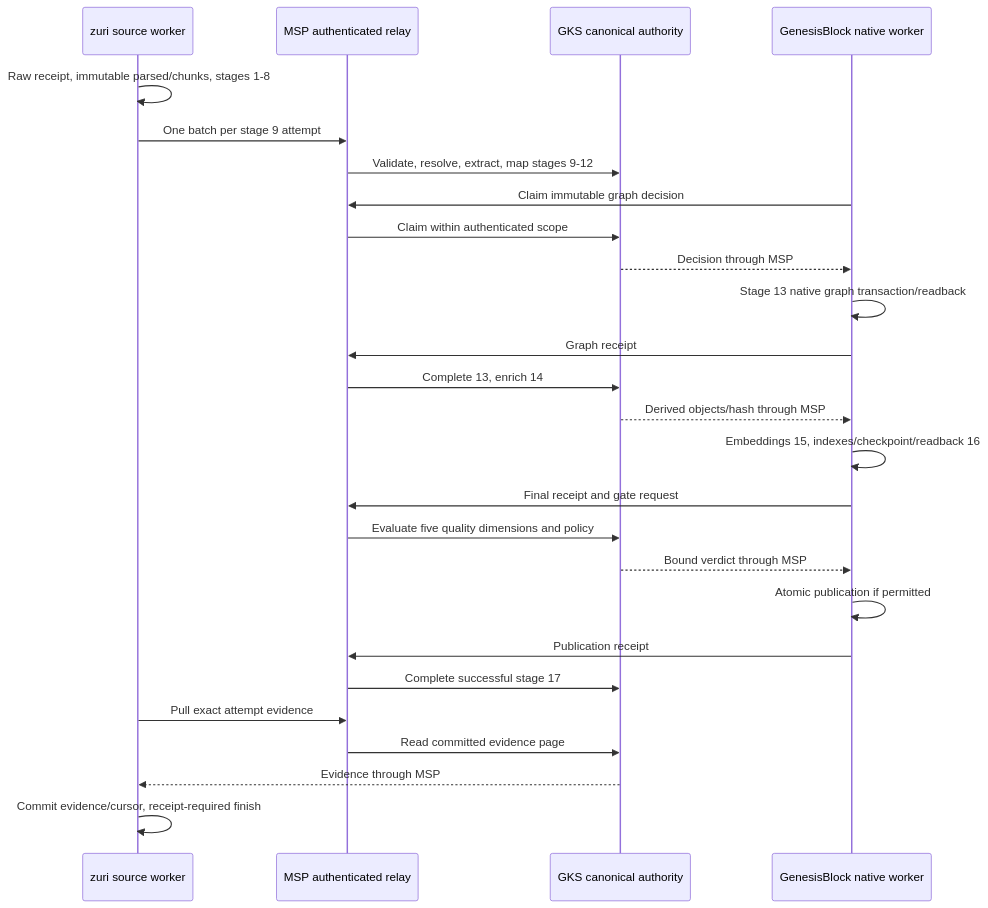
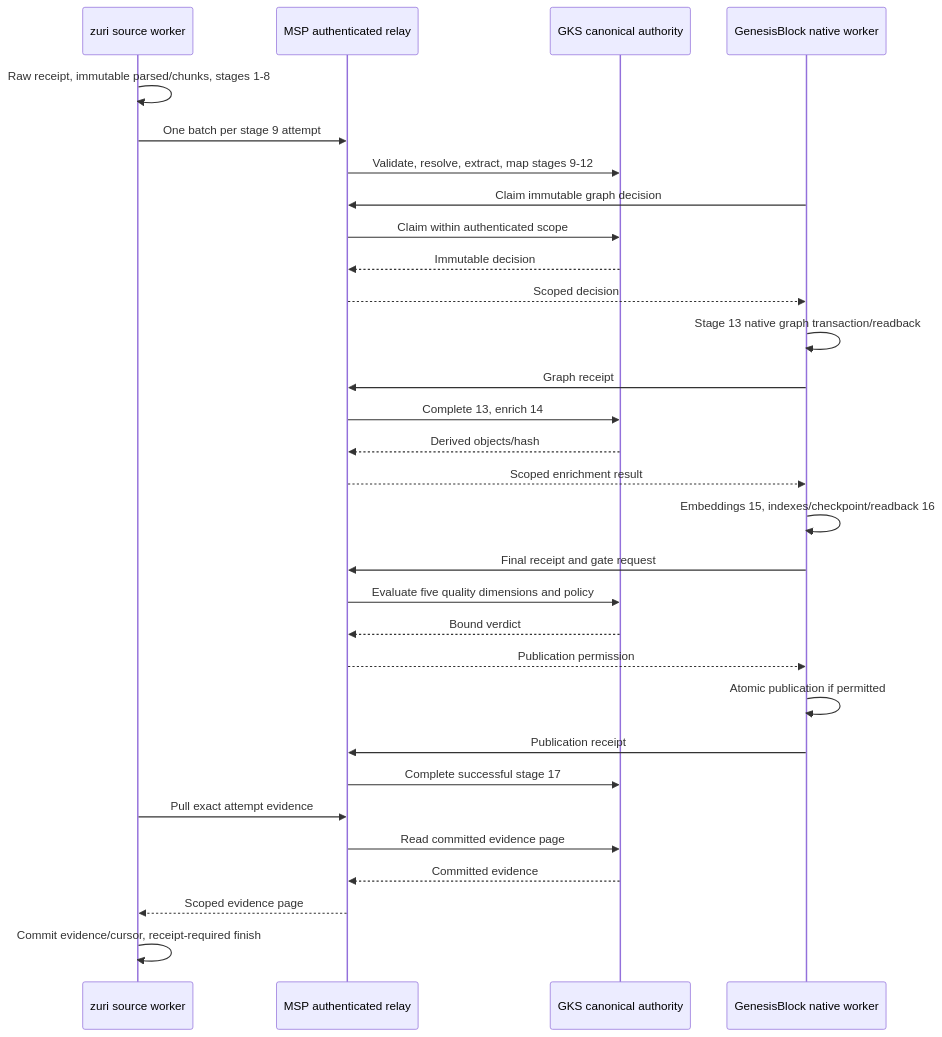
One commit to Freshair129/zuri.ai changed the diagram in docs/decisions/ADR-070-GENESISRAG17-ISOLATED-EXECUTION-AND-PUBLICATION.md. Above: the diagram before and after it, drawn with Mermaid. The commit also changed 11 other files, not shown here.

````diff
--- a/docs/decisions/ADR-070-GENESISRAG17-ISOLATED-EXECUTION-AND-PUBLICATION.md
+++ b/docs/decisions/ADR-070-GENESISRAG17-ISOLATED-EXECUTION-AND-PUBLICATION.md
@@ -48,28 +48,32 @@
 ```mermaid
 sequenceDiagram
     participant Z as zuri source worker
     participant M as MSP authenticated relay
     participant G as GKS canonical authority
     participant W as GenesisBlock native worker
     Z->>Z: Raw receipt, immutable parsed/chunks, stages 1-8
     Z->>M: One batch per stage 9 attempt
     M->>G: Validate, resolve, extract, map stages 9-12
     W->>M: Claim immutable graph decision
     M->>G: Claim within authenticated scope
-    G-->>W: Decision through MSP
+    G-->>M: Immutable decision
+    M-->>W: Scoped decision
     W->>W: Stage 13 native graph transaction/readback
     W->>M: Graph receipt
     M->>G: Complete 13, enrich 14
-    G-->>W: Derived objects/hash through MSP
+    G-->>M: Derived objects/hash
+    M-->>W: Scoped enrichment result
     W->>W: Embeddings 15, indexes/checkpoint/readback 16
     W->>M: Final receipt and gate request
     M->>G: Evaluate five quality dimensions and policy
-    G-->>W: Bound verdict through MSP
+    G-->>M: Bound verdict
+    M-->>W: Publication permission
     W->>W: Atomic publication if permitted
     W->>M: Publication receipt
     M->>G: Complete successful stage 17
     Z->>M: Pull exact attempt evidence
     M->>G: Read committed evidence page
-    G-->>Z: Evidence through MSP
+    G-->>M: Committed evidence
+    M-->>Z: Scoped evidence page
     Z->>Z: Commit evidence/cursor, receipt-required finish
 ```
````
